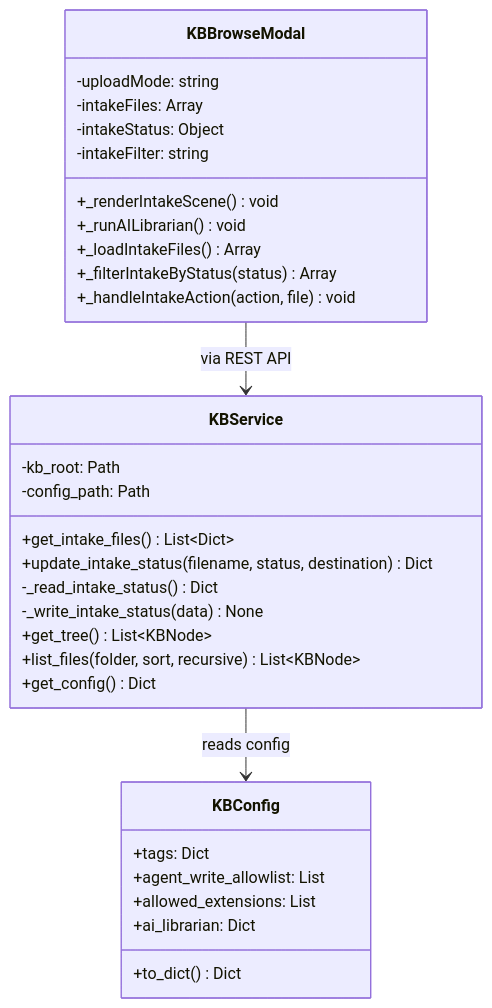
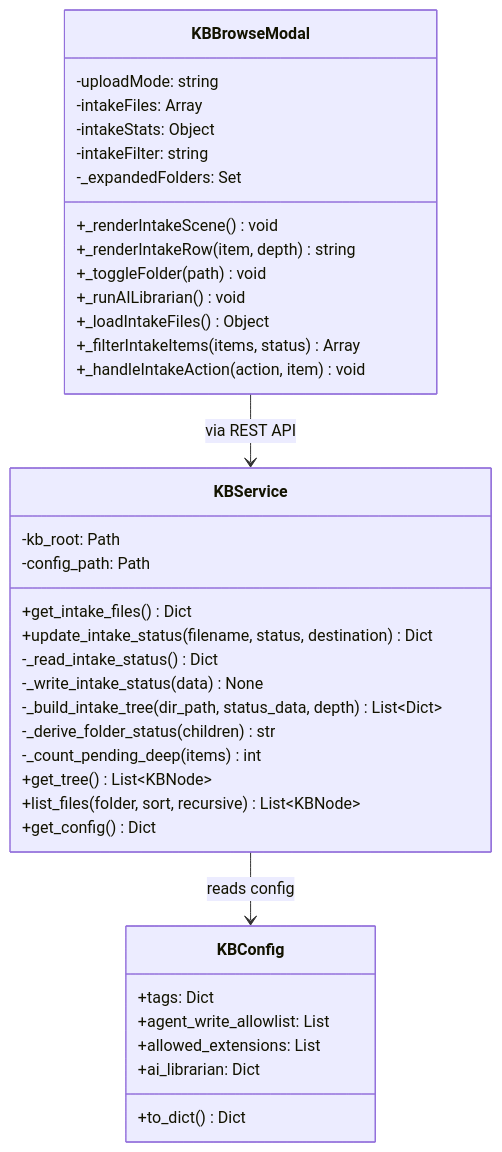
The third of 7 diagrams in x-ipe-docs/requirements/EPIC-049/FEATURE-049-F/technical-design.md (Young-Z/X-IPE), drawn with Mermaid before and after one commit. The commit also changed other lines of this file and 1 other file, not shown here.

First line of the commit message:
design CR-005 folder support — technical-design.md v1.2

````diff
--- a/x-ipe-docs/requirements/EPIC-049/FEATURE-049-F/technical-design.md
+++ b/x-ipe-docs/requirements/EPIC-049/FEATURE-049-F/technical-design.md
@@ -127,37 +143,43 @@
 ```mermaid
 classDiagram
     class KBService {
         -kb_root: Path
         -config_path: Path
-        +get_intake_files() List~Dict~
+        +get_intake_files() Dict
         +update_intake_status(filename, status, destination) Dict
         -_read_intake_status() Dict
         -_write_intake_status(data) None
+        -_build_intake_tree(dir_path, status_data, depth) List~Dict~
+        -_derive_folder_status(children) str
+        -_count_pending_deep(items) int
         +get_tree() List~KBNode~
         +list_files(folder, sort, recursive) List~KBNode~
         +get_config() Dict
     }
 
     class KBConfig {
         +tags: Dict
         +agent_write_allowlist: List
         +allowed_extensions: List
         +ai_librarian: Dict
         +to_dict() Dict
     }
 
     class KBBrowseModal {
         -uploadMode: string
         -intakeFiles: Array
-        -intakeStatus: Object
+        -intakeStats: Object
         -intakeFilter: string
+        -_expandedFolders: Set
         +_renderIntakeScene() void
+        +_renderIntakeRow(item, depth) string
+        +_toggleFolder(path) void
         +_runAILibrarian() void
-        +_loadIntakeFiles() Array
-        +_filterIntakeByStatus(status) Array
-        +_handleIntakeAction(action, file) void
+        +_loadIntakeFiles() Object
+        +_filterIntakeItems(items, status) Array
+        +_handleIntakeAction(action, item) void
     }
 
     KBService --> KBConfig: reads config
     KBBrowseModal --> KBService: via REST API
 ```
````
